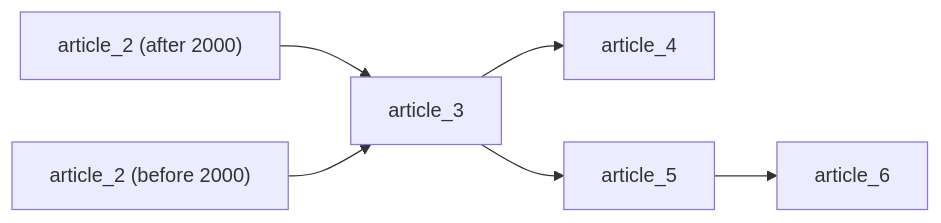
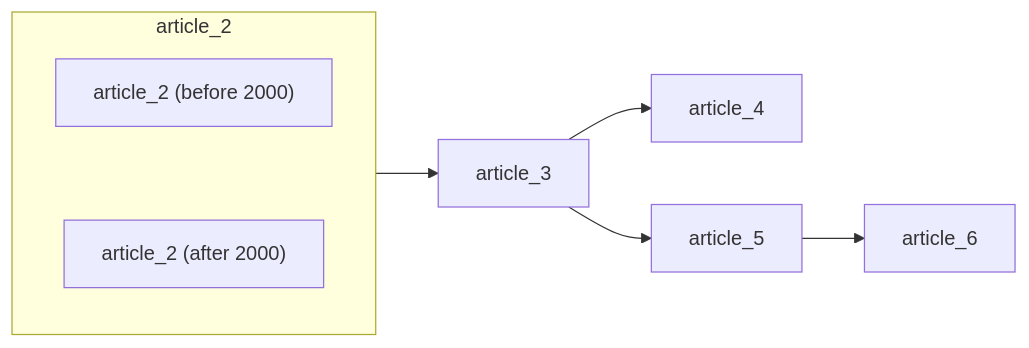
Before and after one commit to CatalaLang/catala-book: the third of 3 diagrams in src/2-2-conditionals-exceptions.md, drawn with Mermaid. The commit also changed other lines of this file and 1 other file, not shown here.

````diff
--- a/src/2-2-conditionals-exceptions.md
+++ b/src/2-2-conditionals-exceptions.md
@@ -459,14 +470,17 @@
 ```mermaid
 graph LR;
+subgraph article_2
+direction TB
 A2["`article_2 (before 2000)`"]
 A2bis["`article_2 (after 2000)`"]
+end
 A3["`article_3`"]
 A4["`article_4`"]
 A5["`article_5`"]
 A6["`article_6`"]
-A2bis-->A3
-A2-->A3
+A2~~~A2bis
+article_2-->A3
 A3-->A4
 A3-->A5
 A5-->A6
 ```
````
